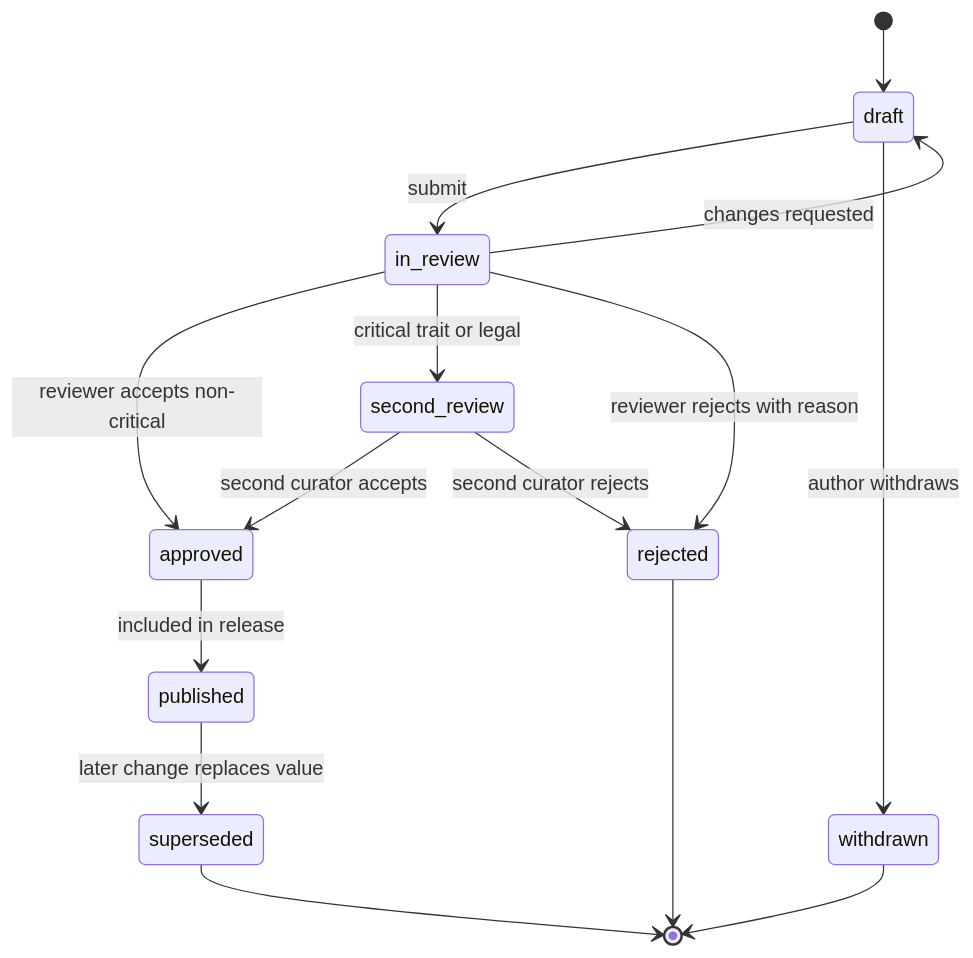
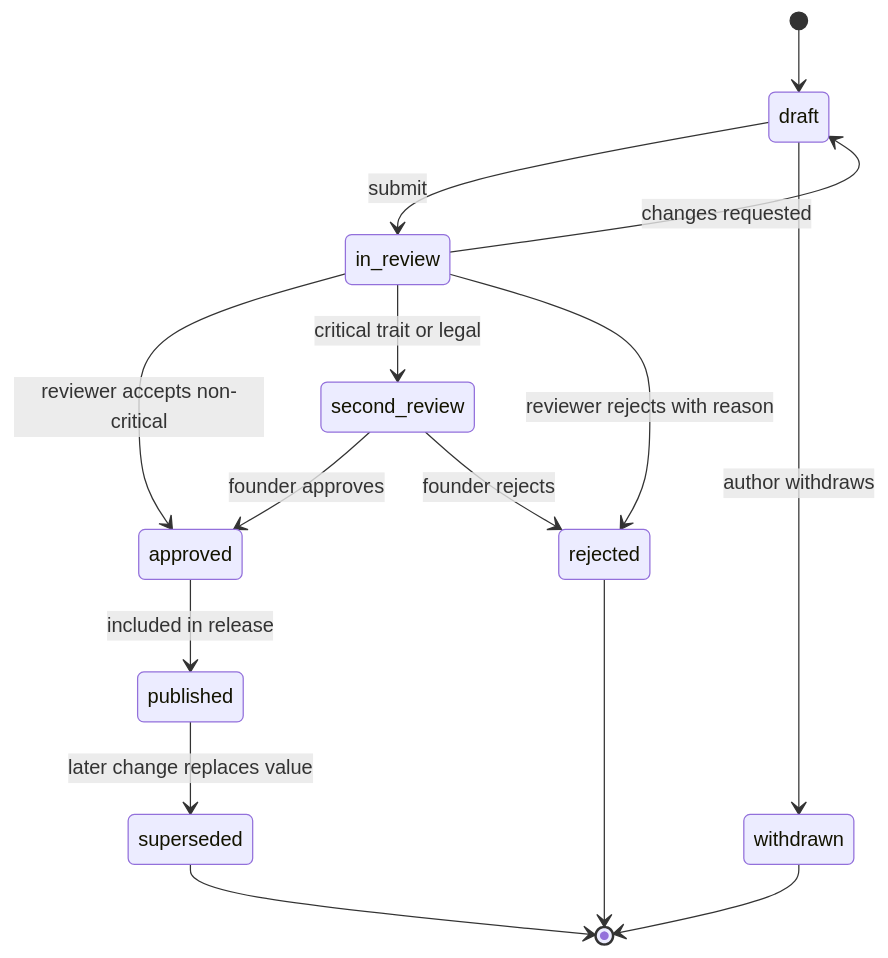
The sixth of 16 diagrams in docs/12-plant-knowledge-base.md (jdinard/landscape), drawn with Mermaid before and after one commit. The commit also changed other lines of this file and 11 other files, not shown here.

````diff
--- a/docs/12-plant-knowledge-base.md
+++ b/docs/12-plant-knowledge-base.md
@@ -1165,17 +1170,17 @@
 ```mermaid
 stateDiagram-v2
     [*] --> draft
     draft --> in_review : submit
     draft --> withdrawn : author withdraws
     in_review --> approved : reviewer accepts non-critical
     in_review --> second_review : critical trait or legal
-    second_review --> approved : second curator accepts
-    second_review --> rejected : second curator rejects
+    second_review --> approved : founder approves
+    second_review --> rejected : founder rejects
     in_review --> rejected : reviewer rejects with reason
     in_review --> draft : changes requested
     approved --> published : included in release
     published --> superseded : later change replaces value
     rejected --> [*]
     withdrawn --> [*]
     superseded --> [*]
 ```
````
